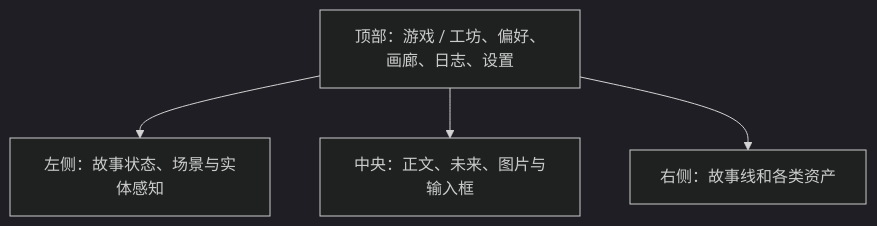
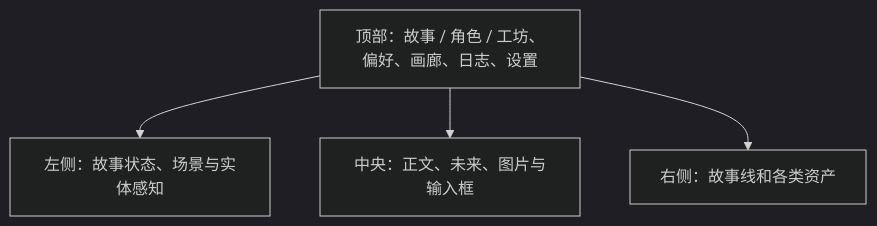
One commit to Lzy44567/AliveWorld changed the second of 2 diagrams in docs/USER_GUIDE.md. Above: the diagram before and after it, drawn with Mermaid (dark theme). The commit also changed other lines of this file and 44 other files, not shown here.

````diff
--- a/docs/USER_GUIDE.md
+++ b/docs/USER_GUIDE.md
@@ -66,10 +78,10 @@
 ```mermaid
 flowchart TB
-    T["顶部：游戏 / 工坊、偏好、画廊、日志、设置"]
+    T["顶部：故事 / 角色 / 工坊、偏好、画廊、日志、设置"]
     L["左侧：故事状态、场景与实体感知"]
     M["中央：正文、未来、图片与输入框"]
     R["右侧：故事线和各类资产"]
     T --> L
     T --> M
     T --> R
 ```
````
